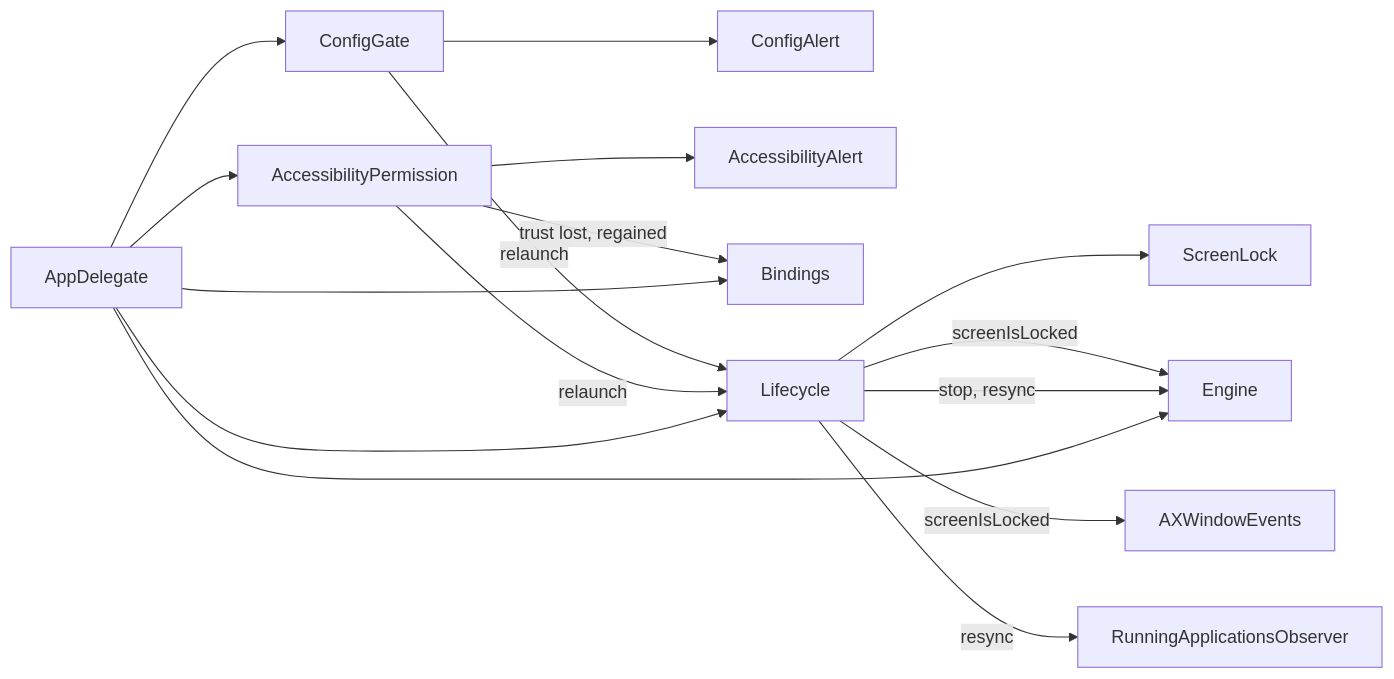
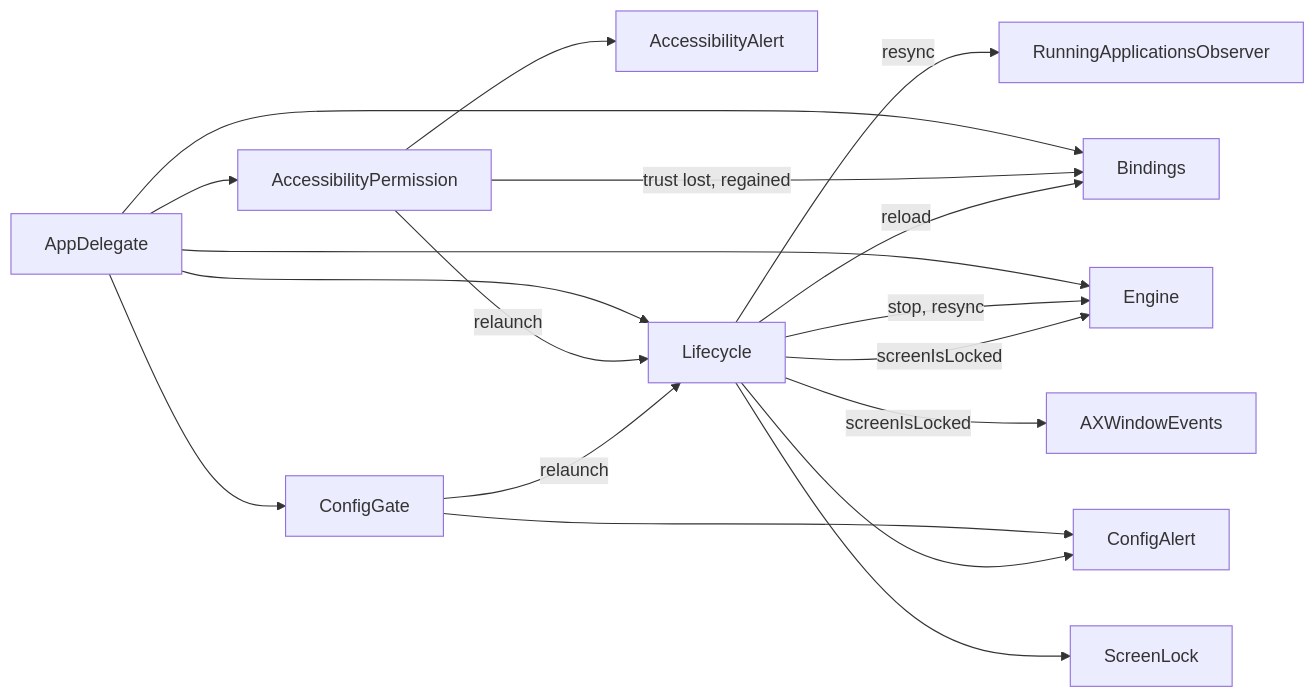
One commit to brennovich/ottowm changed the sixth of 18 diagrams in ARCHITECTURE.md. Above: the diagram before and after it, drawn with Mermaid. The commit also changed other lines of this file and 8 other files, not shown here.

First line of the commit message:
Show the config error when a reload rejects it

````diff
--- a/ARCHITECTURE.md
+++ b/ARCHITECTURE.md
@@ -158,18 +160,20 @@
 ```mermaid
 flowchart LR
     AppDelegate --> ConfigGate
     ConfigGate --> ConfigAlert
     AppDelegate --> AccessibilityPermission
     AccessibilityPermission --> AccessibilityAlert
     AppDelegate --> Engine
     AppDelegate --> Bindings
     AccessibilityPermission -->|trust lost, regained| Bindings
     AppDelegate --> Lifecycle
     Lifecycle --> ScreenLock
     Lifecycle -->|stop, resync| Engine
     Lifecycle -->|screenIsLocked| Engine
     Lifecycle -->|screenIsLocked| AXWindowEvents
     Lifecycle -->|resync| RunningApplicationsObserver
     AccessibilityPermission -->|relaunch| Lifecycle
     ConfigGate -->|relaunch| Lifecycle
+    Lifecycle -->|reload| Bindings
+    Lifecycle --> ConfigAlert
 ```
````
